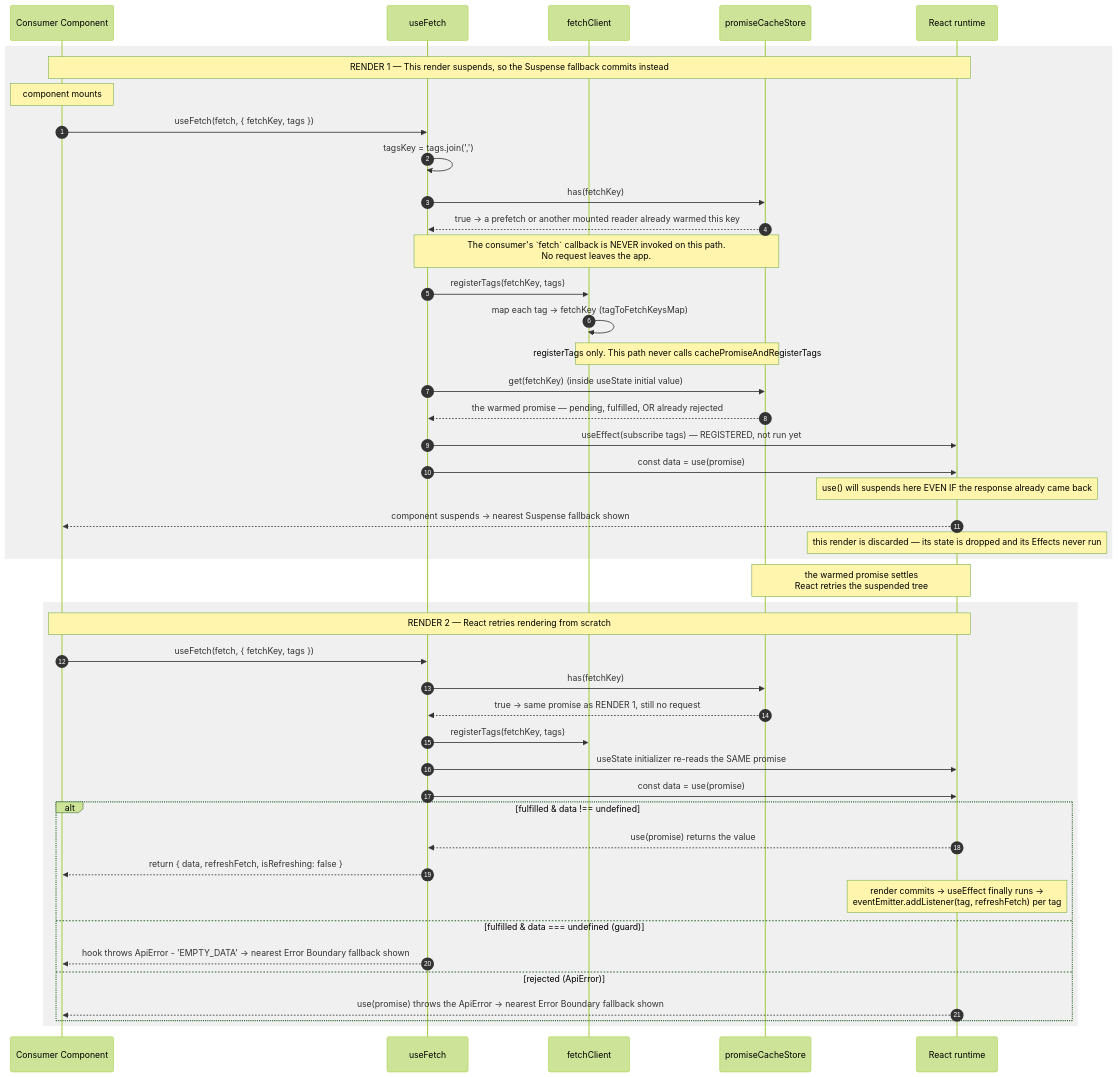
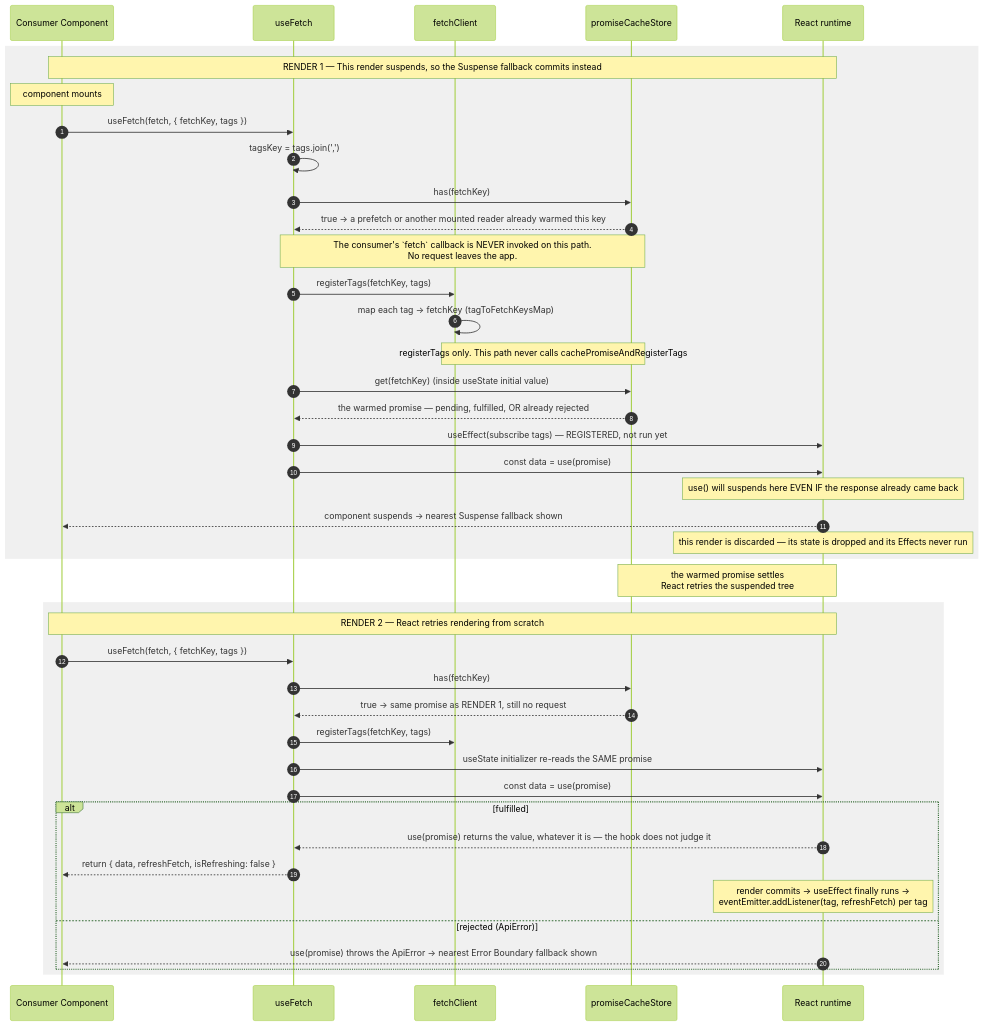
One commit to chuhaiphu/fetchwire changed the second of 4 diagrams in docs/architecture/USE-FETCH-FLOW.md. Above: the diagram before and after it, drawn with Mermaid (forest theme). The commit also changed other lines of this file and 18 other files, not shown here.

````diff
--- a/docs/architecture/USE-FETCH-FLOW.md
+++ b/docs/architecture/USE-FETCH-FLOW.md
@@ -41,54 +39,52 @@
 ```mermaid
 sequenceDiagram
     autonumber
     participant Cmp as Consumer Component
     participant H as useFetch
     participant FC as fetchClient
     participant Cache as promiseCacheStore
     participant React as React runtime
 
     rect rgba(128,128,128,0.12)
         Note over Cmp,React: RENDER 1 — This render suspends, so the Suspense fallback commits instead
         Note over Cmp: component mounts
         Cmp->>H: useFetch(fetch, { fetchKey, tags })
         H->>H: tagsKey = tags.join(',')
         H->>Cache: has(fetchKey)
         Cache-->>H: true → a prefetch or another mounted reader already warmed this key
 
         Note over H,Cache: The consumer's `fetch` callback is NEVER invoked on this path.<br/>No request leaves the app.
         H->>FC: registerTags(fetchKey, tags)
         FC->>FC: map each tag → fetchKey (tagToFetchKeysMap)
 
         Note over FC,Cache: registerTags only. This path never calls cachePromiseAndRegisterTags
         H->>Cache: get(fetchKey)  (inside useState initial value)
         Cache-->>H: the warmed promise — pending, fulfilled, OR already rejected
         H->>React: useEffect(subscribe tags) — REGISTERED, not run yet
         H->>React: const data = use(promise)
 
         Note over React: use() will suspends here EVEN IF the response already came back
         React-->>Cmp: component suspends → nearest Suspense fallback shown
         Note over React: this render is discarded — its state is dropped and its Effects never run
     end
 
     Note over Cache,React: the warmed promise settles<br/>React retries the suspended tree
 
     rect rgba(128,128,128,0.12)
         Note over Cmp,React: RENDER 2 — React retries rendering from scratch
         Cmp->>H: useFetch(fetch, { fetchKey, tags })
         H->>Cache: has(fetchKey)
         Cache-->>H: true → same promise as RENDER 1, still no request
         H->>FC: registerTags(fetchKey, tags)
         H->>React: useState initializer re-reads the SAME promise
         H->>React: const data = use(promise)
 
-        alt fulfilled & data !== undefined
-            React-->>H: use(promise) returns the value
+        alt fulfilled
+            React-->>H: use(promise) returns the value, whatever it is — the hook does not judge it
             H-->>Cmp: return { data, refreshFetch, isRefreshing: false }
             Note over React: render commits → useEffect finally runs →<br/>eventEmitter.addListener(tag, refreshFetch) per tag
-        else fulfilled & data === undefined (guard)
-            H-->>Cmp: hook throws ApiError - 'EMPTY_DATA' → nearest Error Boundary fallback shown
         else rejected (ApiError)
             React-->>Cmp: use(promise) throws the ApiError → nearest Error Boundary fallback shown
         end
     end
 ```
````
